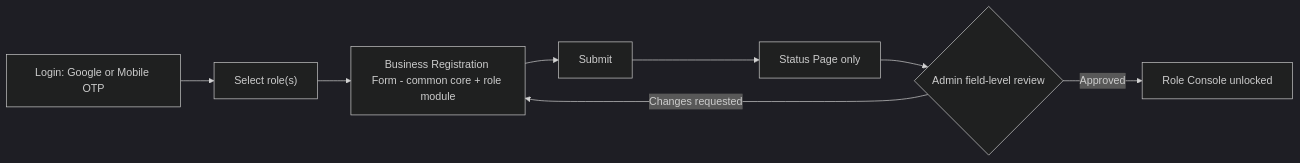
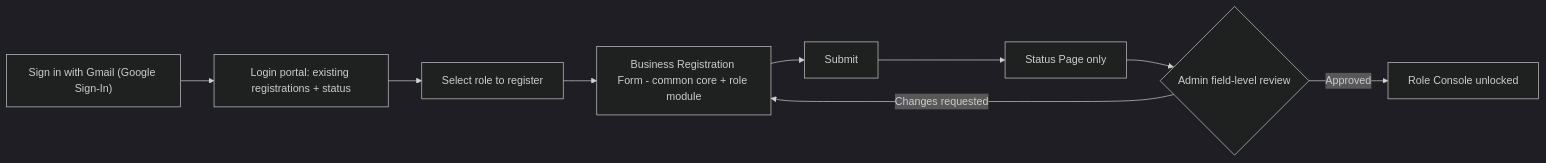
The sixth of 7 diagrams in docs/Core/annasutra_entity_console_architecture.md (DevnetraConsultancy/annasutra), drawn with Mermaid (dark theme) before and after one commit. The commit also changed other lines of this file and 58 other files, not shown here.

Commit message:
docs: Gmail identity, single admin, multi-registration portal, child batch QR, Web+APK printing, E2E flow (Decisions 29-35); retire all other docs

````diff
--- a/docs/Core/annasutra_entity_console_architecture.md
+++ b/docs/Core/annasutra_entity_console_architecture.md
@@ -512,10 +595,11 @@
 ```mermaid
 flowchart LR
-  L["Login: Google or Mobile OTP"] --> RS["Select role(s)"]
+  L["Sign in with Gmail (Google Sign-In)"] --> LP["Login portal: existing registrations + status"]
+  LP --> RS["Select role to register"]
   RS --> RF["Business Registration Form - common core + role module"]
   RF --> SUB["Submit"]
   SUB --> ST["Status Page only"]
   ST --> REV{"Admin field-level review"}
   REV -->|"Changes requested"| RF
   REV -->|"Approved"| CON["Role Console unlocked"]
 ```
````
